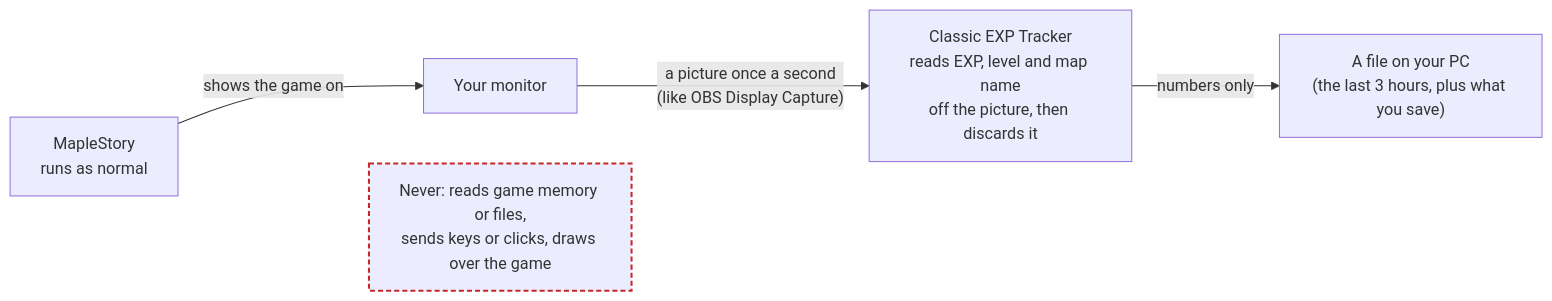
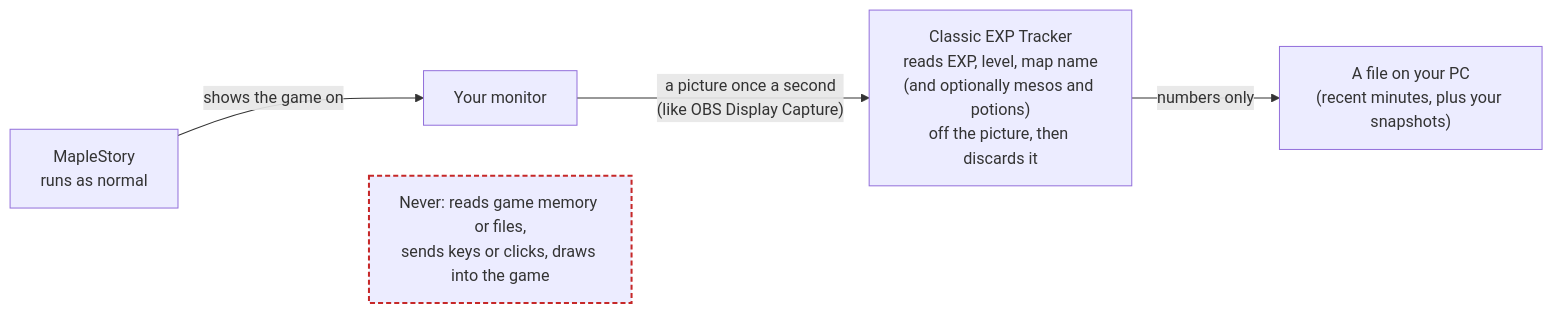
Before and after one commit to Kwuasimoto/classic-exp-tracker: the diagram in README.md, drawn with Mermaid. The commit also changed other lines of this file and 69 other files, not shown here.

````diff
--- a/README.md
+++ b/README.md
@@ -7,11 +7,11 @@
 ```mermaid
 flowchart LR
     game["MapleStory<br/>runs as normal"] -- "shows the game on" --> monitor["Your monitor"]
-    monitor -- "a picture once a second<br/>(like OBS Display Capture)" --> app["Classic EXP Tracker<br/>reads EXP, level and map name<br/>off the picture, then discards it"]
-    app -- "numbers only" --> file["A file on your PC<br/>(the last 3 hours, plus what you save)"]
-    never["Never: reads game memory or files,<br/>sends keys or clicks, draws over the game"]
+    monitor -- "a picture once a second<br/>(like OBS Display Capture)" --> app["Classic EXP Tracker<br/>reads EXP, level, map name<br/>(and optionally mesos and potions)<br/>off the picture, then discards it"]
+    app -- "numbers only" --> file["A file on your PC<br/>(recent minutes, plus your snapshots)"]
+    never["Never: reads game memory or files,<br/>sends keys or clicks, draws into the game"]
     game ~~~ never
 
     classDef no stroke:#c62828,stroke-width:2px,stroke-dasharray:5 3
     class never no
 ```
````
